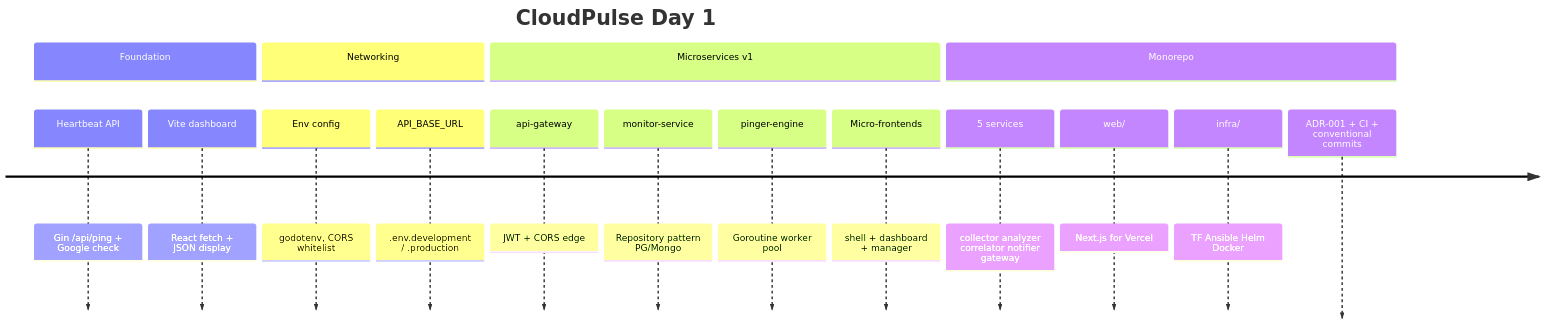
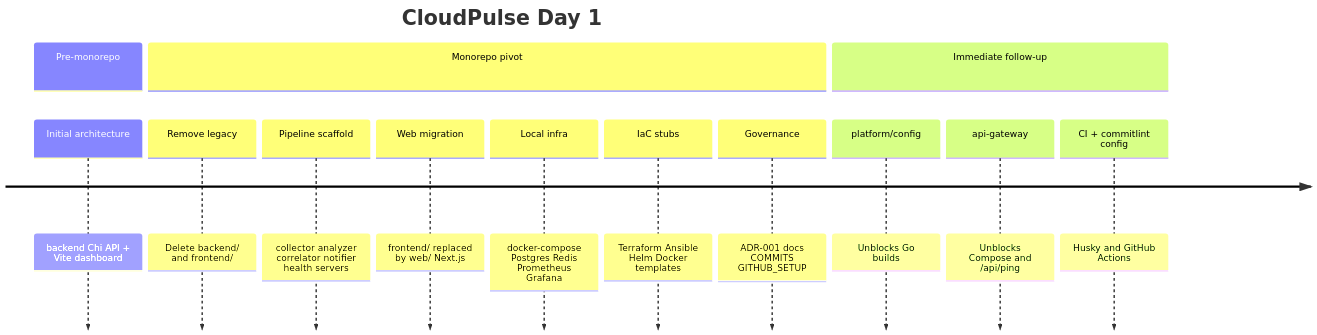
The fourth of 4 diagrams in docs/day1/README.md (durgaprasadraju/CloudPulse), drawn with Mermaid before and after one commit. The commit also changed other lines of this file, not shown here.

````diff
--- a/docs/day1/README.md
+++ b/docs/day1/README.md
@@ -404,20 +404,17 @@
 ```mermaid
 timeline
     title CloudPulse Day 1
-    section Foundation
-        Heartbeat API : Gin /api/ping + Google check
-        Vite dashboard : React fetch + JSON display
-    section Networking
-        Env config : godotenv, CORS whitelist
-        API_BASE_URL : .env.development / .production
-    section Microservices v1
-        api-gateway : JWT + CORS edge
-        monitor-service : Repository pattern PG/Mongo
-        pinger-engine : Goroutine worker pool
-        Micro-frontends : shell + dashboard + manager
-    section Monorepo
-        5 services : collector analyzer correlator notifier gateway
-        web/ : Next.js for Vercel
-        infra/ : TF Ansible Helm Docker
-        ADR-001 + CI + conventional commits
+    section Pre-monorepo
+        Initial architecture : backend Chi API + Vite dashboard
+    section Monorepo pivot
+        Remove legacy : Delete backend/ and frontend/
+        Pipeline scaffold : collector analyzer correlator notifier health servers
+        Web migration : frontend/ replaced by web/ Next.js
+        Local infra : docker-compose Postgres Redis Prometheus Grafana
+        IaC stubs : Terraform Ansible Helm Docker templates
+        Governance : ADR-001 docs COMMITS GITHUB_SETUP
+    section Immediate follow-up
+        platform/config : Unblocks Go builds
+        api-gateway : Unblocks Compose and /api/ping
+        CI + commitlint config : Husky and GitHub Actions
 ```
````
